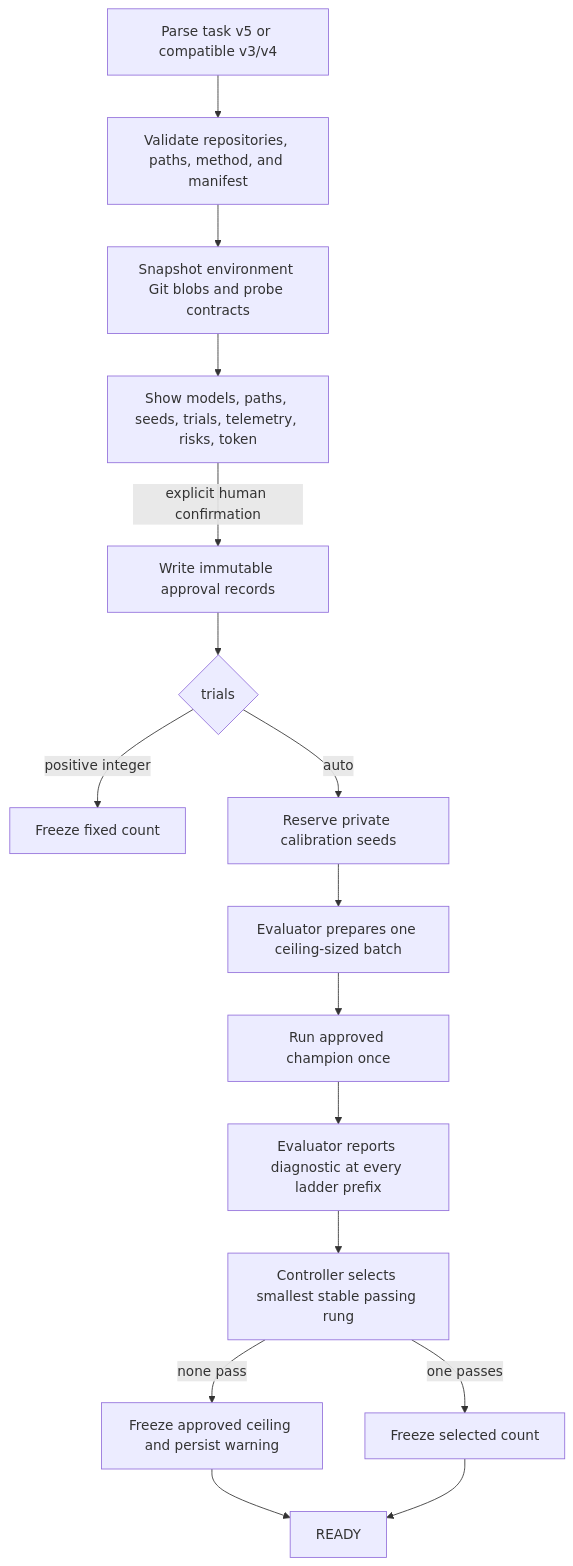
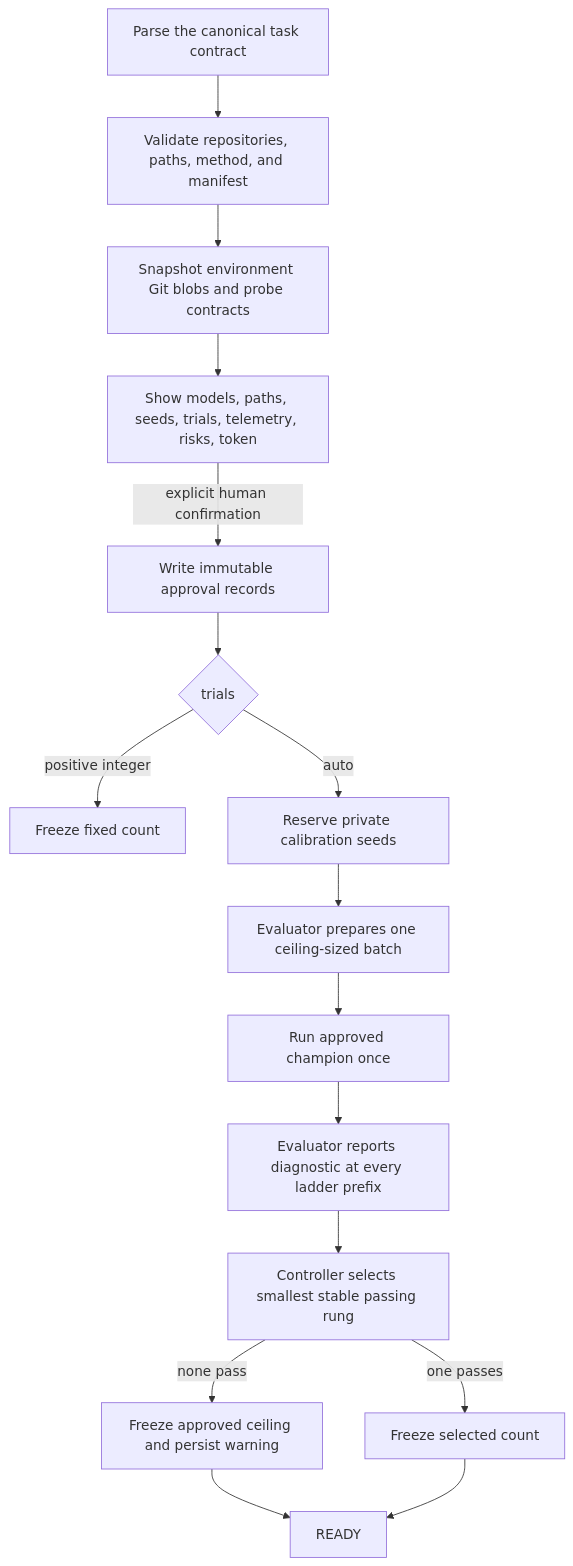
The third of 7 diagrams in docs/design.md (N00bcak/arctl), drawn with Mermaid before and after one commit. The commit also changed other lines of this file and 2 other files, not shown here.

Commit message:
docs: describe the canonical architecture

````diff
--- a/docs/design.md
+++ b/docs/design.md
@@ -209,18 +209,18 @@
 ```mermaid
 flowchart TD
-    P[Parse task v5 or compatible v3/v4] --> V[Validate repositories, paths, method, and manifest]
+    P[Parse the canonical task contract] --> V[Validate repositories, paths, method, and manifest]
     V --> ENV[Snapshot environment Git blobs and probe contracts]
     ENV --> PREVIEW[Show models, paths, seeds, trials, telemetry, risks, token]
     PREVIEW -->|explicit human confirmation| LOCK[Write immutable approval records]
     LOCK --> T{trials}
     T -->|positive integer| FIX[Freeze fixed count]
     T -->|auto| RES[Reserve private calibration seeds]
     RES --> PREP[Evaluator prepares one ceiling-sized batch]
     PREP --> CHAMP[Run approved champion once]
     CHAMP --> ASSESS[Evaluator reports diagnostic at every ladder prefix]
     ASSESS --> SELECT[Controller selects smallest stable passing rung]
     SELECT -->|none pass| CEIL[Freeze approved ceiling and persist warning]
     SELECT -->|one passes| FREEZE[Freeze selected count]
     CEIL --> READY[READY]
     FREEZE --> READY
 ```
````
